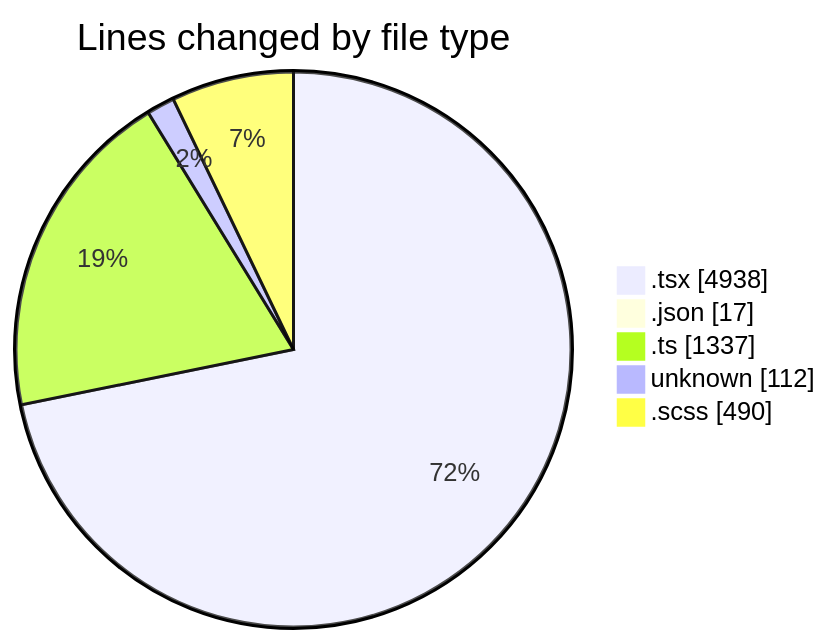
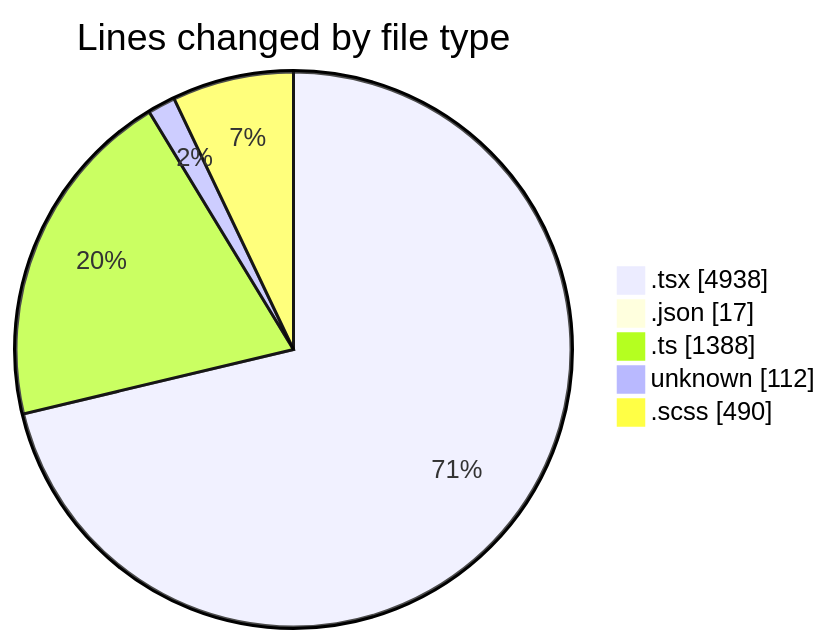
Before and after one commit to momahboobian/code-tracking: the first of 2 diagrams in 2026-04-30/cda/README.md, drawn with Mermaid. The commit also changed other lines of this file and 1 other file, not shown here.

````diff
--- a/2026-04-30/cda/README.md
+++ b/2026-04-30/cda/README.md
@@ -69,9 +69,9 @@
 ```mermaid
 pie showData
 title Lines changed by file type
 ".tsx" : 4938
 ".json" : 17
-".ts" : 1337
+".ts" : 1388
 "unknown" : 112
 ".scss" : 490
 ```
````
